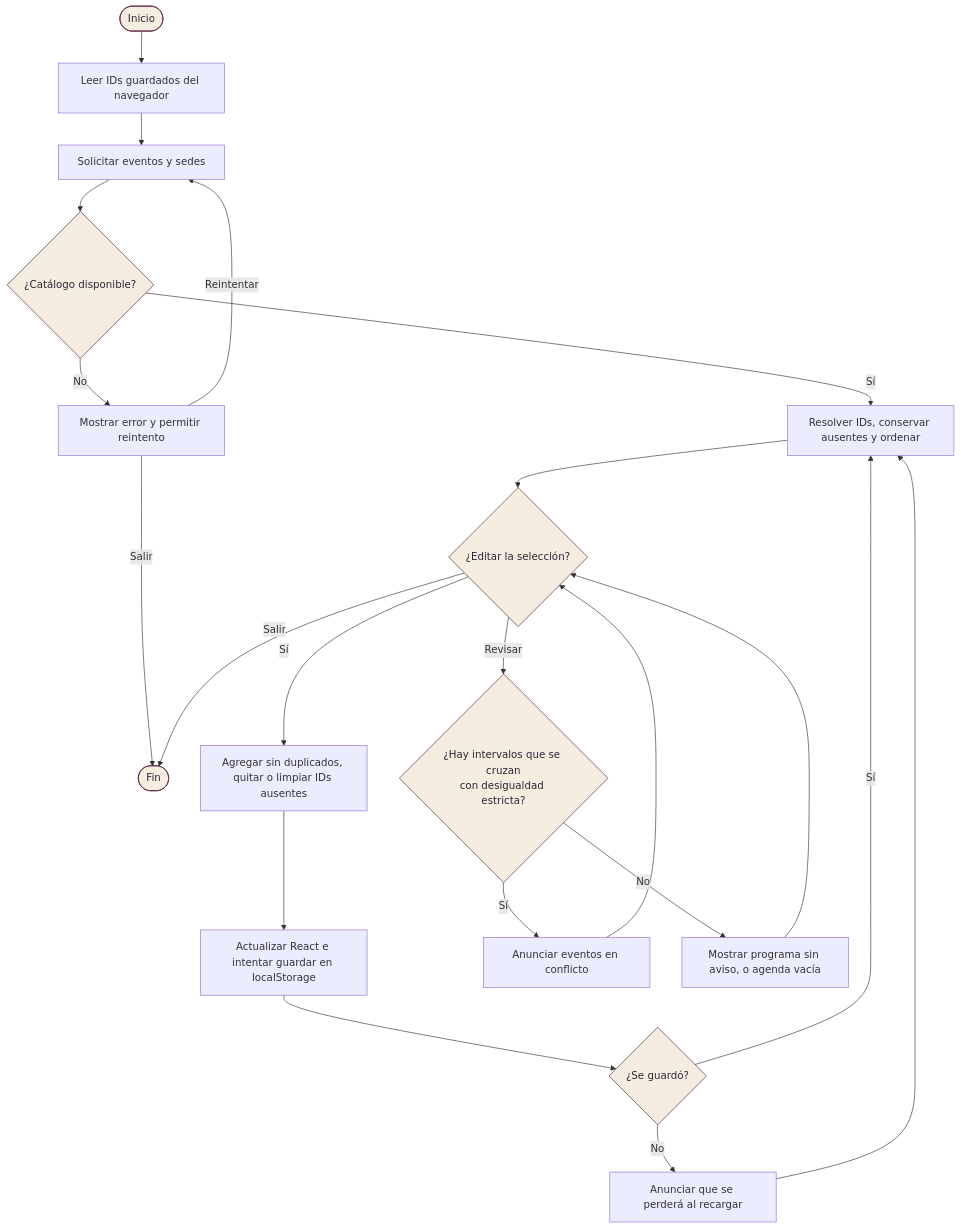
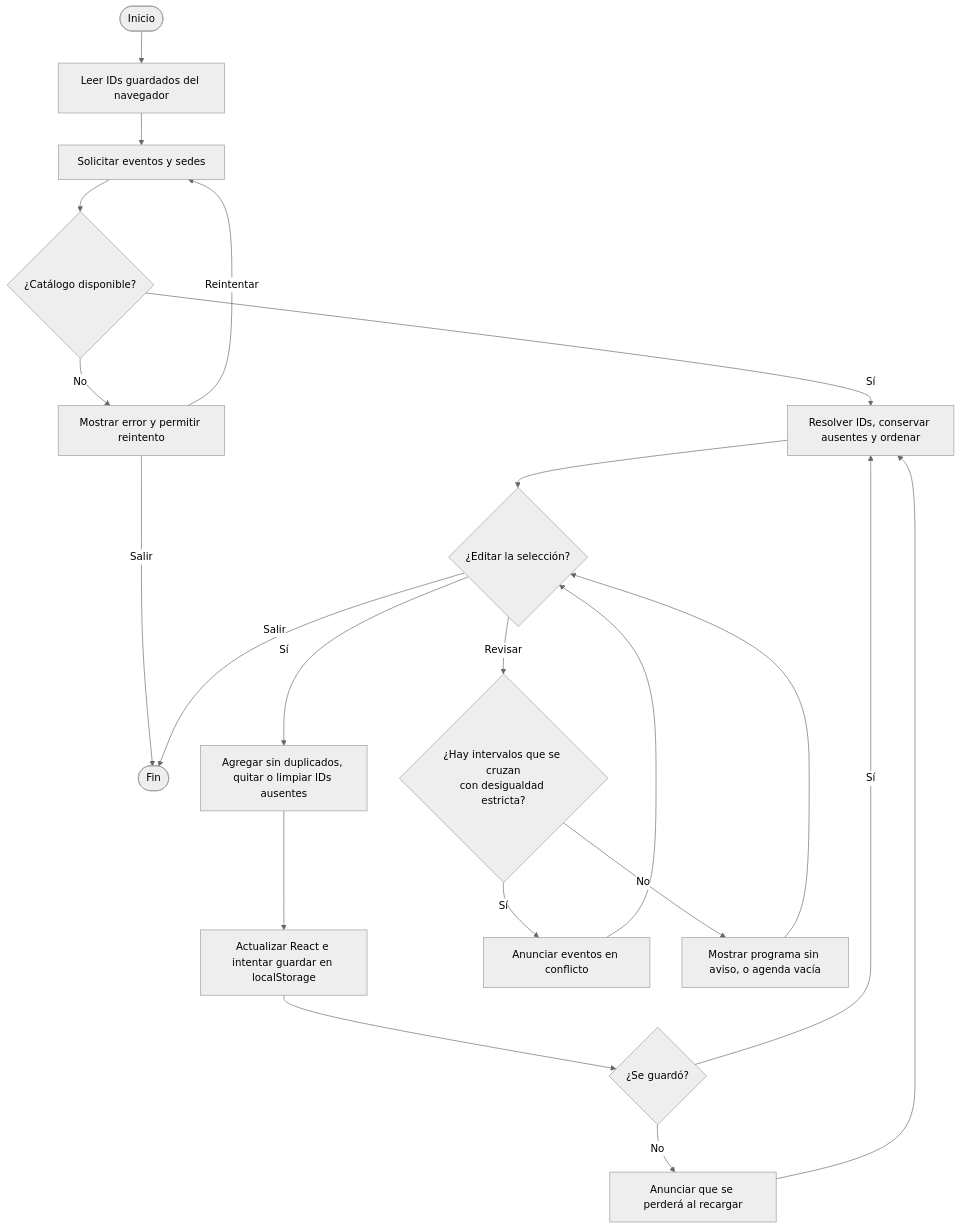
The diagram in docs/architecture/03-vista-procesos/actividades/ACTV-01-planificar-agenda.md (magomez36/FIAVL_Arquitectura-de-Software), drawn with Mermaid before and after one commit. The commit also changed 143 other files, not shown here.

Commit message:
docs(architecture): simplifica documentacion y corrige exportacion completa del PDF

````diff
--- a/docs/architecture/03-vista-procesos/actividades/ACTV-01-planificar-agenda.md
+++ b/docs/architecture/03-vista-procesos/actividades/ACTV-01-planificar-agenda.md
@@ -7,24 +7,26 @@
 ```mermaid
+---
+config:
+  theme: neutral
+---
 flowchart TD
   I([Inicio]) --> S0["Leer IDs guardados del navegador"]
   S0 --> R["Solicitar eventos y sedes"]
   R --> C{"¿Catálogo disponible?"}
   C -->|No| E["Mostrar error y permitir reintento"]
   E -->|Reintentar| R
   E -->|Salir| F([Fin])
   C -->|Sí| D["Resolver IDs, conservar ausentes y ordenar"]
   D --> O{"¿Editar la selección?"}
   O -->|Sí| M["Agregar sin duplicados, quitar o limpiar IDs ausentes"]
   M --> N["Actualizar React e intentar guardar en localStorage"]
   N --> W{"¿Se guardó?"}
   W -->|No| A["Anunciar que se perderá al recargar"] --> D
   W -->|Sí| D
   O -->|Revisar| S{"¿Hay intervalos que se cruzan<br/>con desigualdad estricta?"}
   S -->|Sí| H["Anunciar eventos en conflicto"]
   S -->|No| T["Mostrar programa sin aviso, o agenda vacía"]
   H --> O
   T --> O
   O -->|Salir| F
-  classDef accent fill:#F5EDE0,stroke:#591C37,color:#302237
-  class I,F,C,O,W,S accent
 ```
````
